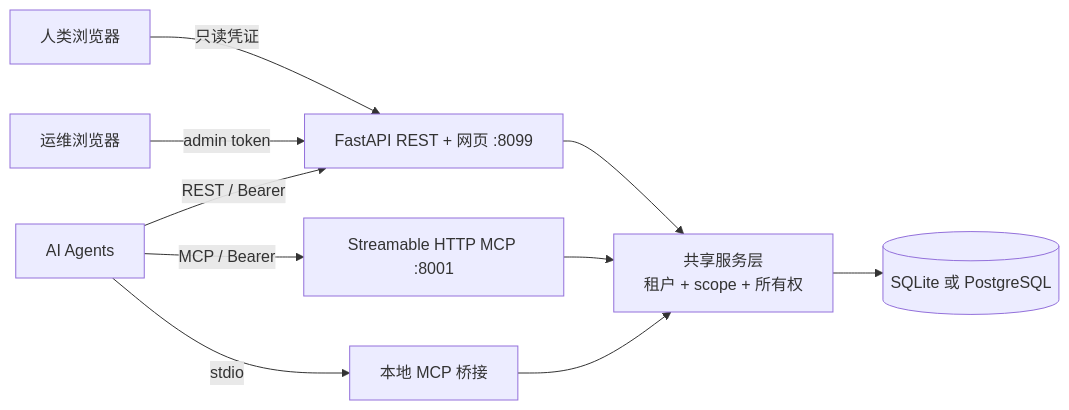
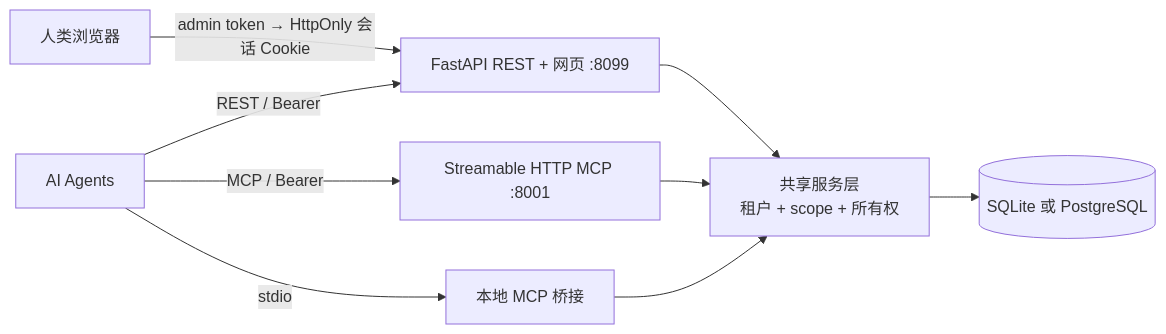
The diagram in docs/i18n/README.zh-CN.md (mohui1999/AllMemoryMCP), drawn with Mermaid before and after one commit. The commit also changed other lines of this file and 13 other files, not shown here.

First line of the commit message:
Unify browser admin/viewer into one account with a persistent cookie session

````diff
--- a/docs/i18n/README.zh-CN.md
+++ b/docs/i18n/README.zh-CN.md
@@ -135,12 +136,11 @@
 ```mermaid
 flowchart LR
   A[AI Agents] -->|REST / Bearer| R[FastAPI REST + 网页 :8099]
   A -->|MCP / Bearer| M[Streamable HTTP MCP :8001]
   A -->|stdio| S[本地 MCP 桥接]
-  U[人类浏览器] -->|只读凭证| R
-  O[运维浏览器] -->|admin token| R
+  U[人类浏览器] -->|admin token → HttpOnly 会话 Cookie| R
   R --> C[共享服务层<br/>租户 + scope + 所有权]
   M --> C
   S --> C
   C --> D[(SQLite 或 PostgreSQL)]
 ```
````
